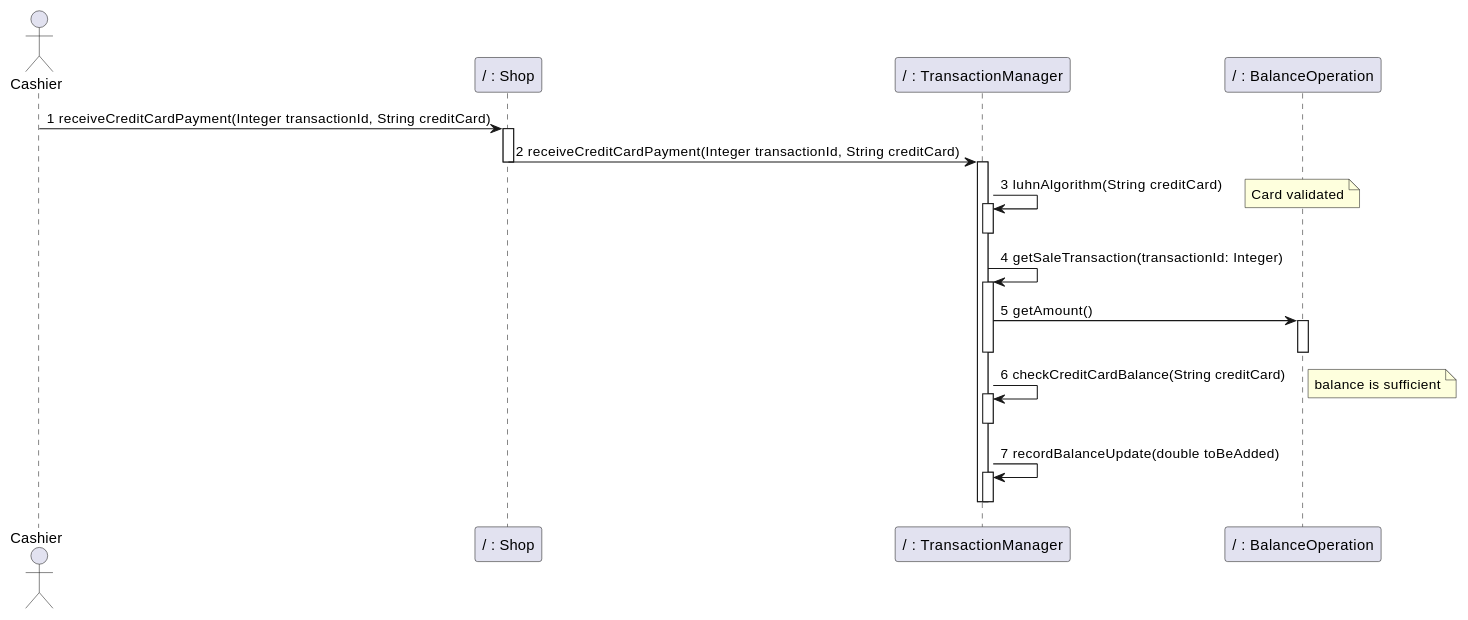
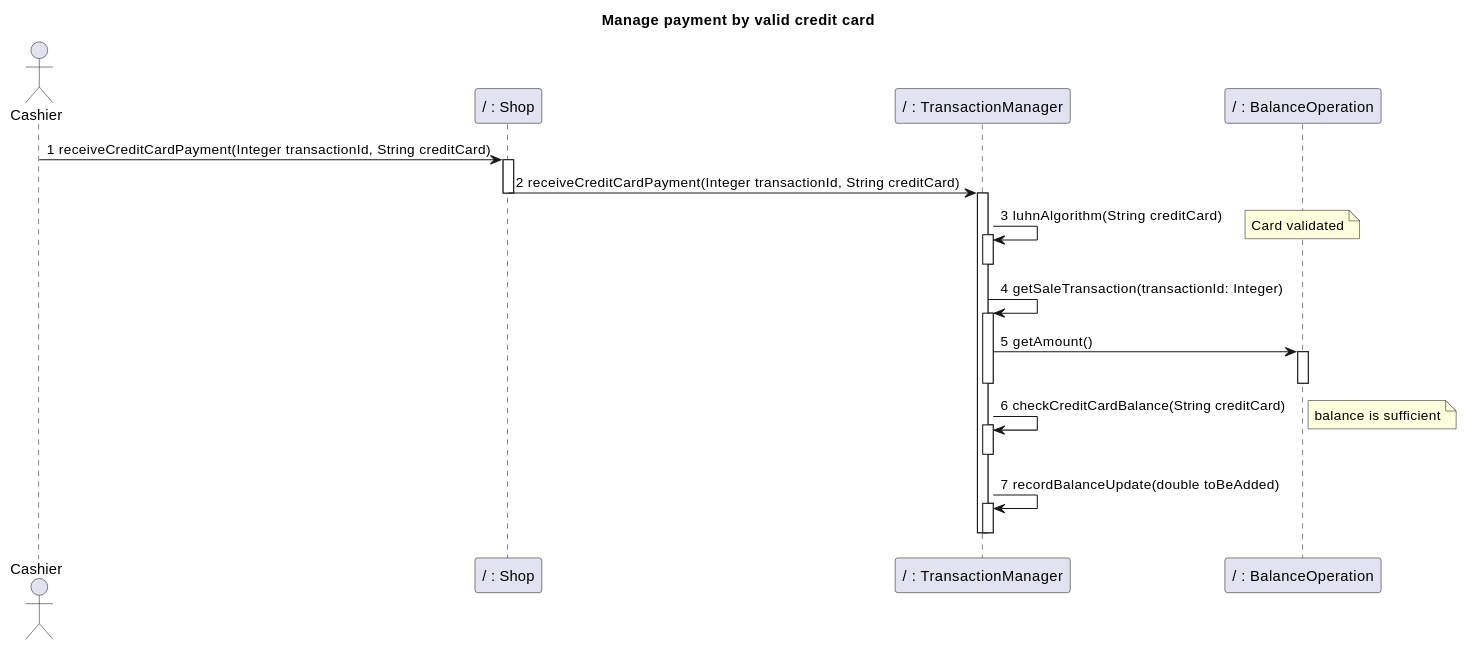
One commit to nicolabattaglino/ezshop changed diagram 24 of 32 in Deliverables/DesignDocument.md. Above: the diagram before and after it, drawn with PlantUML. The commit also changed other lines of this file, not shown here.

````diff
--- a/Deliverables/DesignDocument.md
+++ b/Deliverables/DesignDocument.md
@@ -1244,31 +1244,36 @@
 ```plantuml
 @startuml
+
+title
+Manage payment by valid credit card
+end title
+
 actor Cashier
 participant "/ : Shop" as Shop
 participant "/ : TransactionManager" as TransactionManager
 participant "/ : BalanceOperation" as BalanceOperation
 Cashier -> Shop:1 receiveCreditCardPayment(Integer transactionId, String creditCard)
 activate Shop
 Shop -> TransactionManager:2 receiveCreditCardPayment(Integer transactionId, String creditCard)
 deactivate Shop
 activate TransactionManager
 TransactionManager -> TransactionManager:3 luhnAlgorithm(String creditCard)
 note right: Card validated
 activate TransactionManager
 deactivate TransactionManager
 TransactionManager -> TransactionManager:4 getSaleTransaction(transactionId: Integer)
 activate TransactionManager
 TransactionManager -> BalanceOperation :5 getAmount()
 activate BalanceOperation
 deactivate BalanceOperation
 deactivate TransactionManager
 TransactionManager -> TransactionManager:6 checkCreditCardBalance(String creditCard)
 note right: balance is sufficient
 activate TransactionManager
 deactivate TransactionManager
 TransactionManager -> TransactionManager:7 recordBalanceUpdate(double toBeAdded)
 activate TransactionManager
 deactivate TransactionManager
 deactivate TransactionManager
 @enduml
 ```
````
